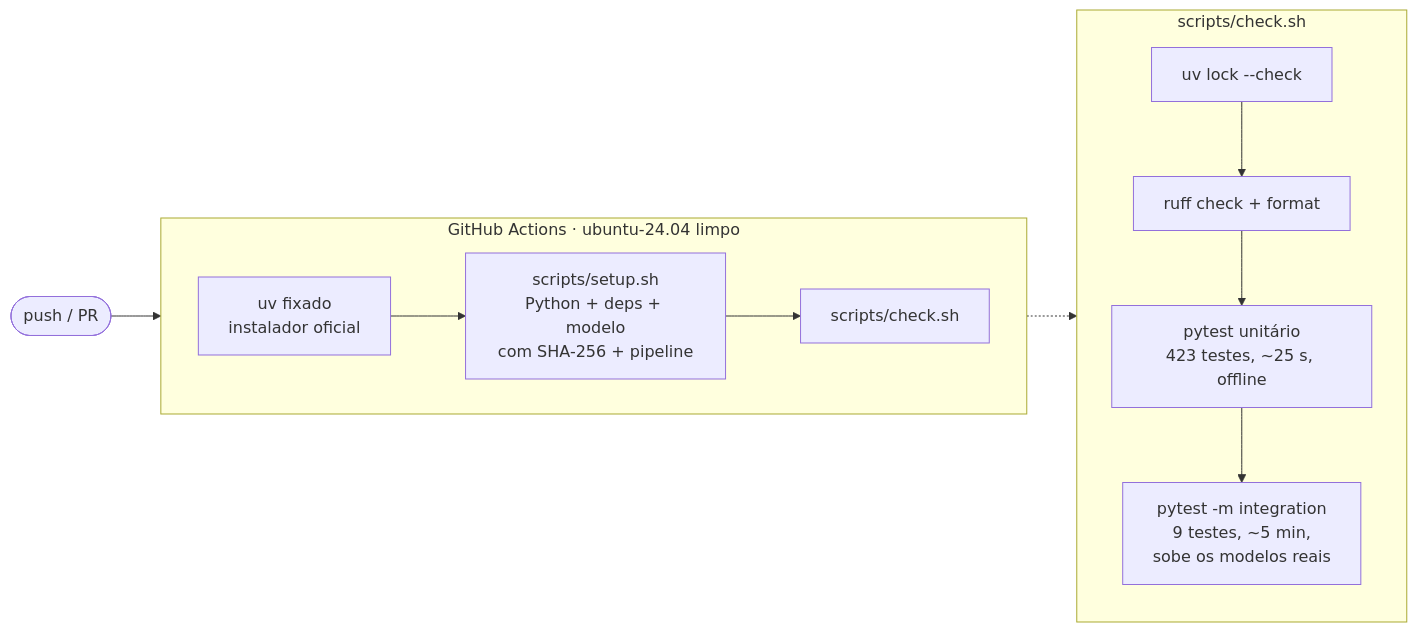
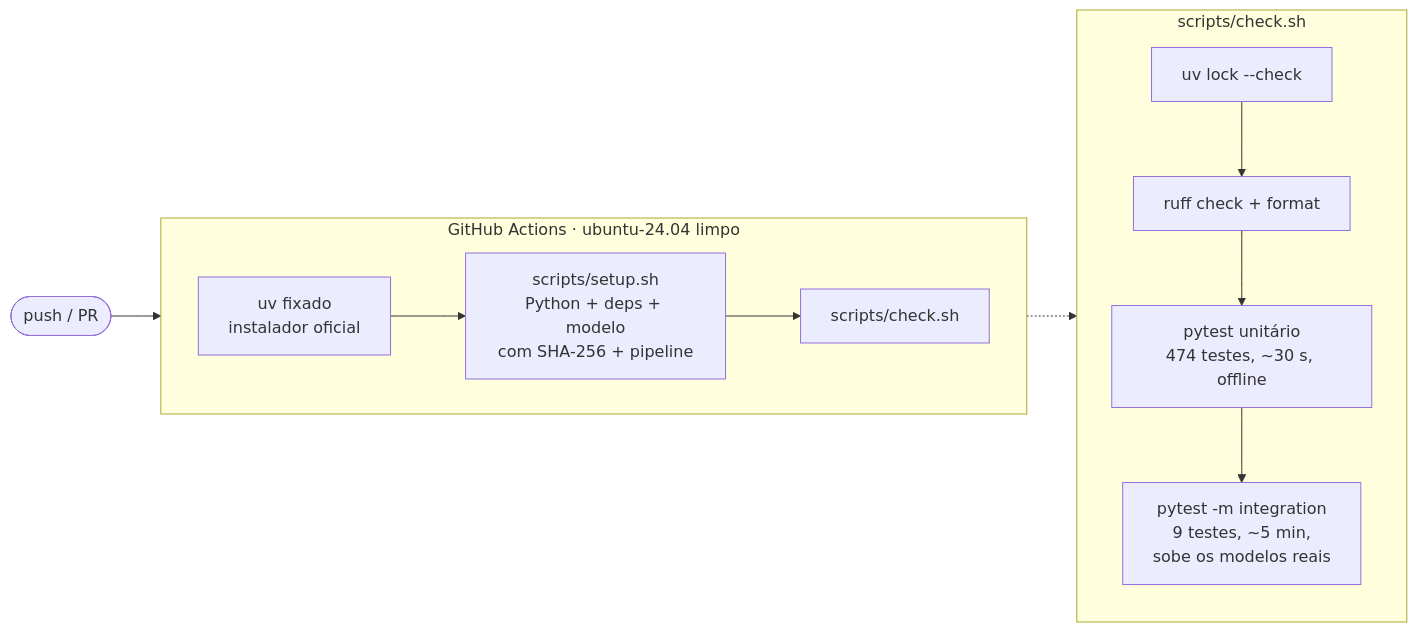
The sixth of 17 diagrams in README.md (RonildoSilva/ai-engineer-challenge), drawn with Mermaid before and after one commit. The commit also changed other lines of this file and 12 other files, not shown here.

````diff
--- a/README.md
+++ b/README.md
@@ -229,15 +239,15 @@
 ```mermaid
 flowchart LR
     P([push / PR]) --> CI
     subgraph CI[GitHub Actions · ubuntu-24.04 limpo]
         direction LR
         U[uv fixado<br/>instalador oficial] --> S[scripts/setup.sh<br/>Python + deps + modelo<br/>com SHA-256 + pipeline] --> K[scripts/check.sh]
     end
     subgraph K2[scripts/check.sh]
         direction TB
         L1[uv lock --check] --> L2[ruff check + format]
-        L2 --> L3[pytest unitário<br/>423 testes, ~25 s, offline]
+        L2 --> L3[pytest unitário<br/>474 testes, ~30 s, offline]
         L3 --> L4[pytest -m integration<br/>9 testes, ~5 min,<br/>sobe os modelos reais]
     end
     K -.-> K2
 ```
````
